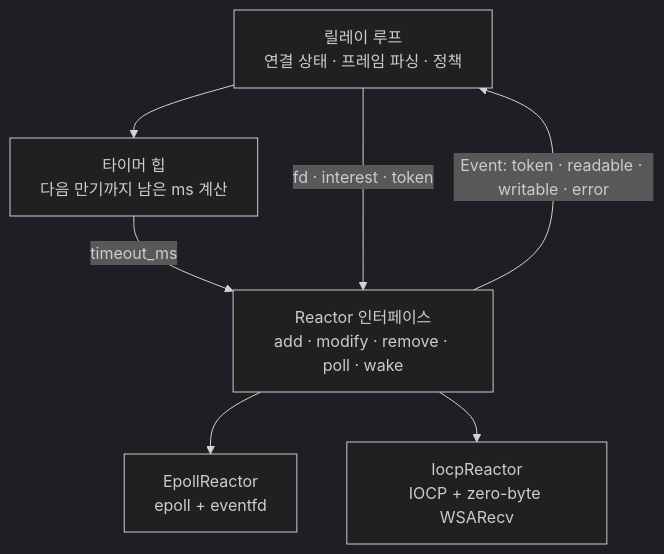
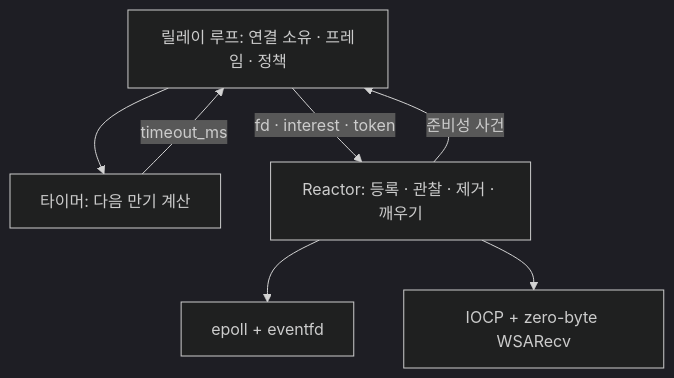
One commit to Rein-ArXiv/Tetris-Multiplayer-RL changed the first of 5 diagrams in docs/blog/part14-event-loop-scaling.md. Above: the diagram before and after it, drawn with Mermaid (dark theme). The commit also changed other lines of this file and 51035 other files, not shown here.

````diff
--- a/docs/blog/part14-event-loop-scaling.md
+++ b/docs/blog/part14-event-loop-scaling.md
@@ -460,15 +377,14 @@
 ```mermaid
 graph TB
-    LOOP["릴레이 루프<br/>연결 상태 · 프레임 파싱 · 정책"]
-    TIM["타이머 힙<br/>다음 만기까지 남은 ms 계산"]
-    RE["Reactor 인터페이스<br/>add · modify · remove · poll · wake"]
-    EP["EpollReactor<br/>epoll + eventfd"]
-    IO["IocpReactor<br/>IOCP + zero-byte WSARecv"]
-
+    LOOP["릴레이 루프: 연결 소유 · 프레임 · 정책"]
+    TIM["타이머: 다음 만기 계산"]
+    RE["Reactor: 등록 · 관찰 · 제거 · 깨우기"]
+    EP["epoll + eventfd"]
+    IO["IOCP + zero-byte WSARecv"]
     LOOP --> TIM
-    TIM -- "timeout_ms" --> RE
+    TIM -- "timeout_ms" --> LOOP
     LOOP -- "fd · interest · token" --> RE
-    RE -- "Event: token · readable · writable · error" --> LOOP
+    RE -- "준비성 사건" --> LOOP
     RE --> EP
     RE --> IO
 ```
````
